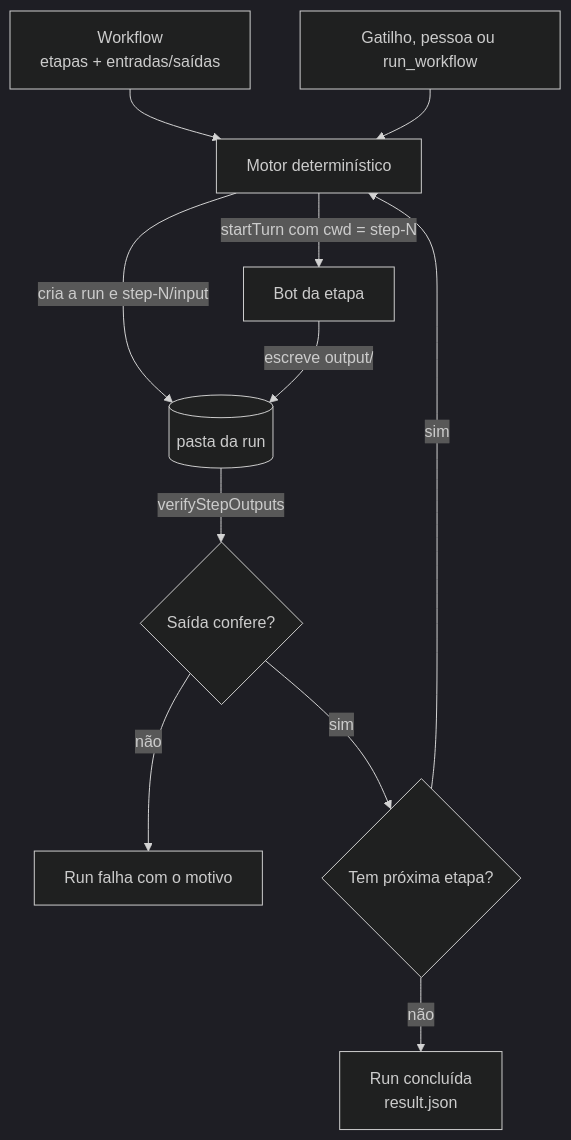
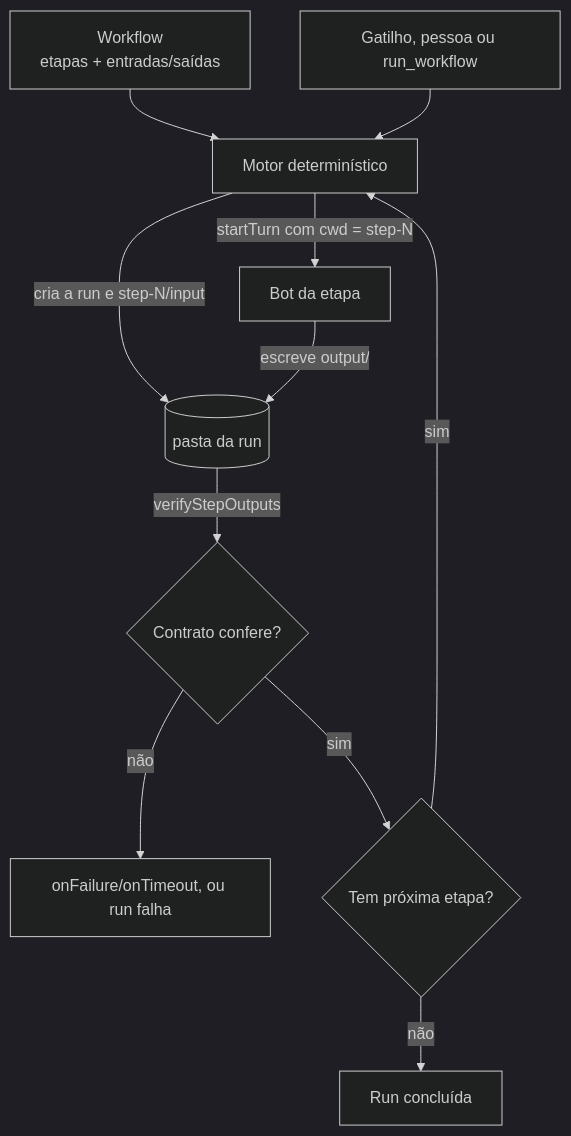
Before and after one commit to Oliveir4Matheus/mimirbot: the second of 5 diagrams in docs/superpowers/specs/2026-11-03-workflow-engine-design.md, drawn with Mermaid (dark theme). The commit also changed other lines of this file and 37 other files, not shown here.

````diff
--- a/docs/superpowers/specs/2026-11-03-workflow-engine-design.md
+++ b/docs/superpowers/specs/2026-11-03-workflow-engine-design.md
@@ -76,13 +76,13 @@
 ```mermaid
 flowchart TD
   P["Workflow<br/>etapas + entradas/saídas"] --> E[Motor determinístico]
   T["Gatilho, pessoa ou run_workflow"] --> E
   E -->|"cria a run e step-N/input"| R[(pasta da run)]
   E -->|"startTurn com cwd = step-N"| B[Bot da etapa]
   B -->|"escreve output/"| R
-  R -->|"verifyStepOutputs"| V{Saída confere?}
-  V -- não --> F[Run falha com o motivo]
+  R -->|"verifyStepOutputs"| V{Contrato confere?}
+  V -- não --> F["onFailure/onTimeout, ou run falha"]
   V -- sim --> N{Tem próxima etapa?}
   N -- sim --> E
-  N -- não --> OK["Run concluída<br/>result.json"]
+  N -- não --> OK[Run concluída]
 ```
````
